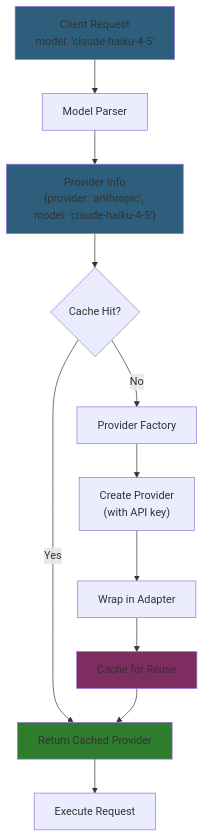
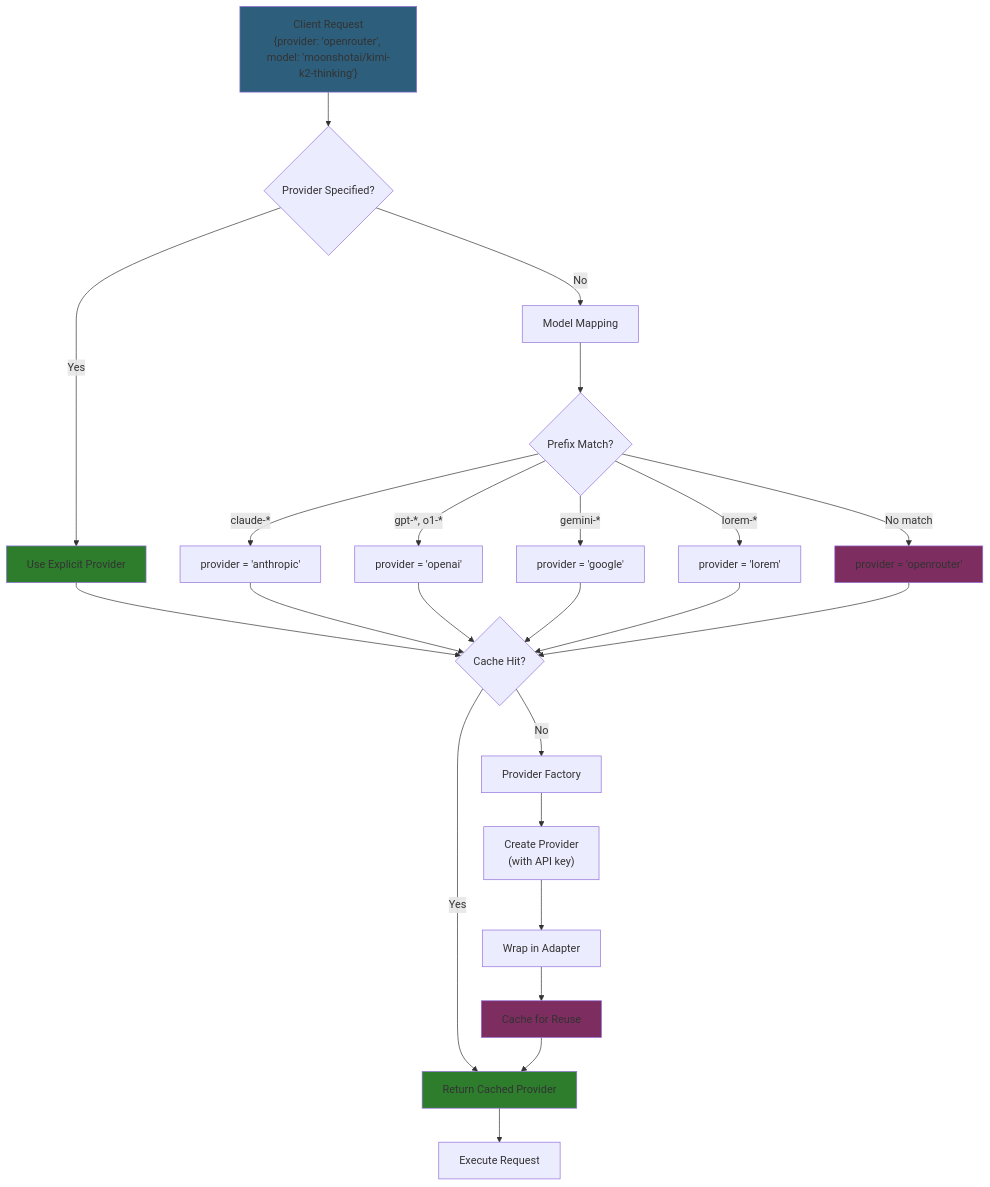
The diagram in _docs/technical/backend/provider-routing.md (haowjy/meridian), drawn with Mermaid before and after one commit. The commit also changed other lines of this file and 56 other files, not shown here.

````diff
--- a/_docs/technical/backend/provider-routing.md
+++ b/_docs/technical/backend/provider-routing.md
@@ -16,21 +16,36 @@
 ```mermaid
 graph TD
-    A["Client Request<br/>model: 'claude-haiku-4-5'"] --> B[Model Parser]
-    B --> C["Provider Info<br/>{provider: 'anthropic', model: 'claude-haiku-4-5'}"]
+    A["Client Request<br/>{provider: 'openrouter', model: 'moonshotai/kimi-k2-thinking'}"] --> B{Provider Specified?}
+    B -->|Yes| C[Use Explicit Provider]
+    B -->|No| D[Model Mapping]
 
-    C --> D{Cache Hit?}
-    D -->|Yes| E[Return Cached Provider]
-    D -->|No| F[Provider Factory]
+    D --> E{Prefix Match?}
+    E -->|claude-*| F[provider = 'anthropic']
+    E -->|gpt-*, o1-*| G[provider = 'openai']
+    E -->|gemini-*| H[provider = 'google']
+    E -->|lorem-*| I[provider = 'lorem']
+    E -->|No match| J[provider = 'openrouter']
 
-    F --> G["Create Provider<br/>(with API key)"]
-    G --> H[Wrap in Adapter]
-    H --> I[Cache for Reuse]
-    I --> E
+    C --> K{Cache Hit?}
+    F --> K
+    G --> K
+    H --> K
+    I --> K
+    J --> K
 
-    E --> J[Execute Request]
+    K -->|Yes| L[Return Cached Provider]
+    K -->|No| M[Provider Factory]
+
+    M --> N["Create Provider<br/>(with API key)"]
+    N --> O[Wrap in Adapter]
+    O --> P[Cache for Reuse]
+    P --> L
+
+    L --> Q[Execute Request]
 
     style A fill:#2d5f7d
-    style C fill:#2d5f7d
-    style E fill:#2d7d2d
-    style I fill:#7d2d5f
+    style C fill:#2d7d2d
+    style J fill:#7d2d5f
+    style L fill:#2d7d2d
+    style P fill:#7d2d5f
 ```
````
